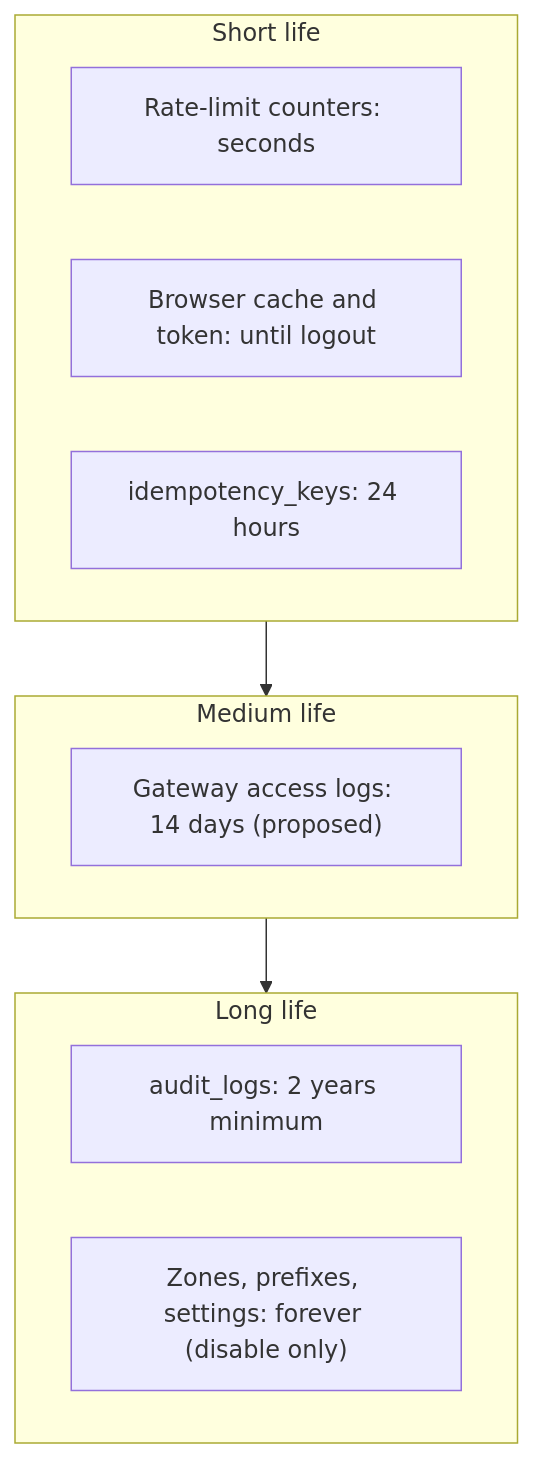
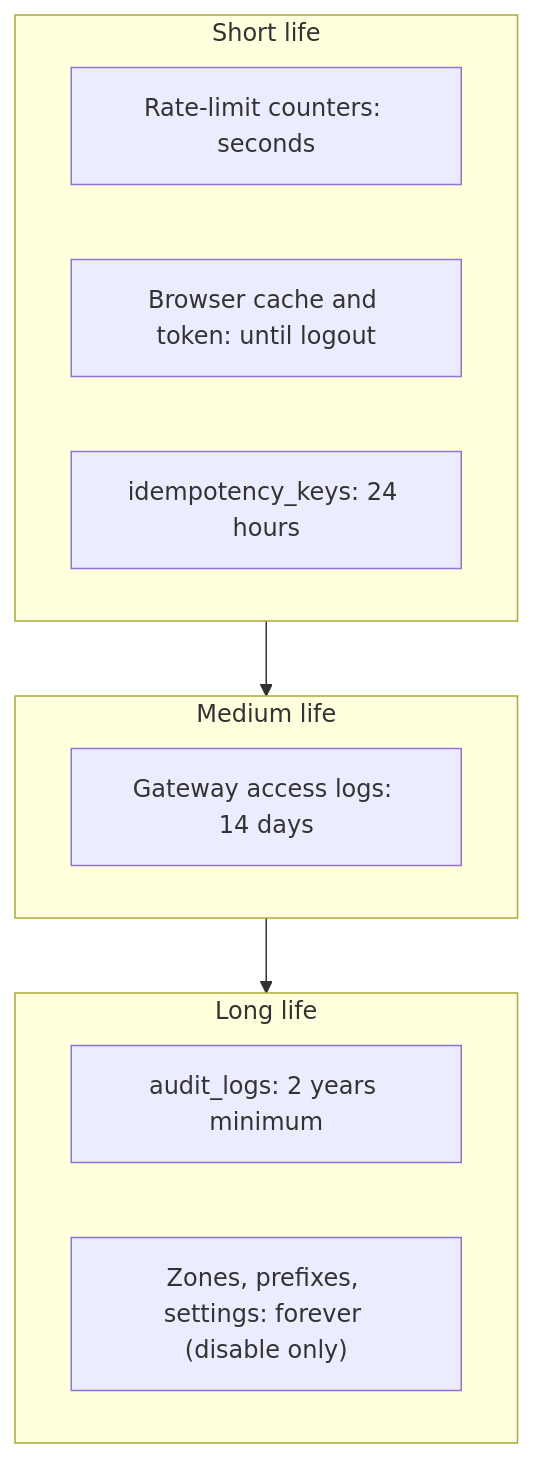
The seventh of 11 diagrams in docs/drafts/member-07-dispatcher-admin-web-gateway/doc-05-data-and-persistence.md (phantomTroupeEAD/SwiftDrop), drawn with Mermaid before and after one commit. The commit also changed other lines of this file and 125 other files, not shown here.

````diff
--- a/docs/drafts/member-07-dispatcher-admin-web-gateway/doc-05-data-and-persistence.md
+++ b/docs/drafts/member-07-dispatcher-admin-web-gateway/doc-05-data-and-persistence.md
@@ -543,16 +559,16 @@
 ```mermaid
 flowchart TB
     subgraph Short["Short life"]
         R1["Rate-limit counters: seconds"]
         R2["Browser cache and token: until logout"]
         R3["idempotency_keys: 24 hours"]
     end
     subgraph Medium["Medium life"]
-        R4["Gateway access logs: 14 days (proposed)"]
+        R4["Gateway access logs: 14 days"]
     end
     subgraph Long["Long life"]
         R5["audit_logs: 2 years minimum"]
         R6["Zones, prefixes, settings: forever (disable only)"]
     end
     Short --> Medium --> Long
 ```
````
